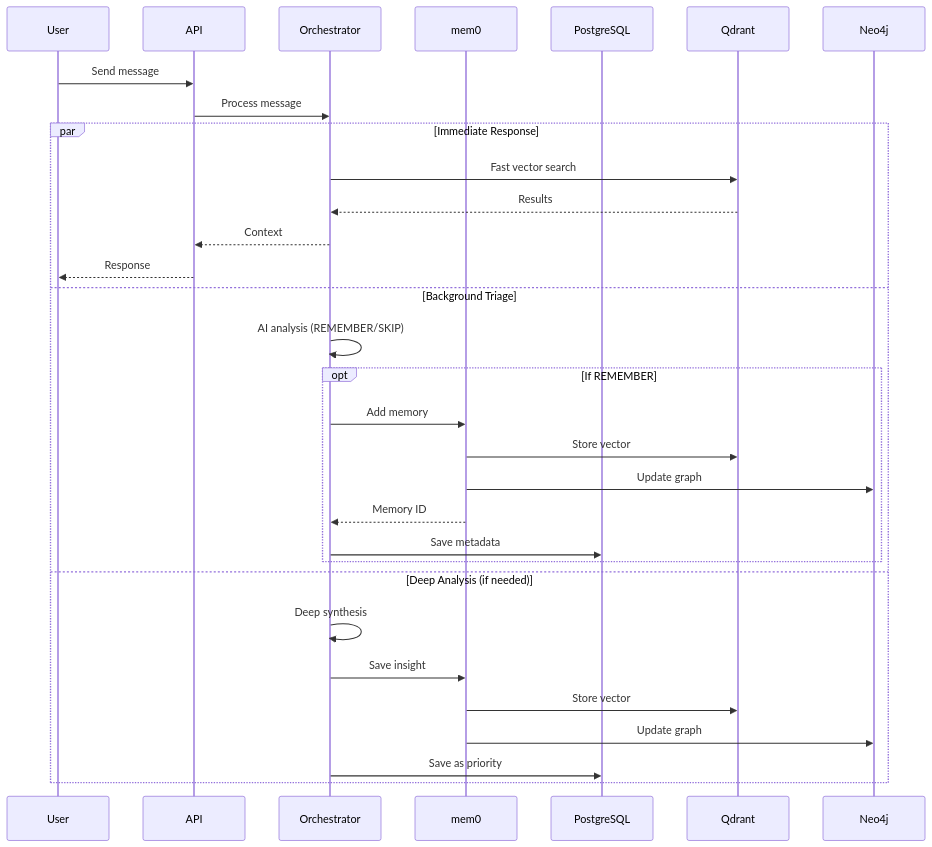
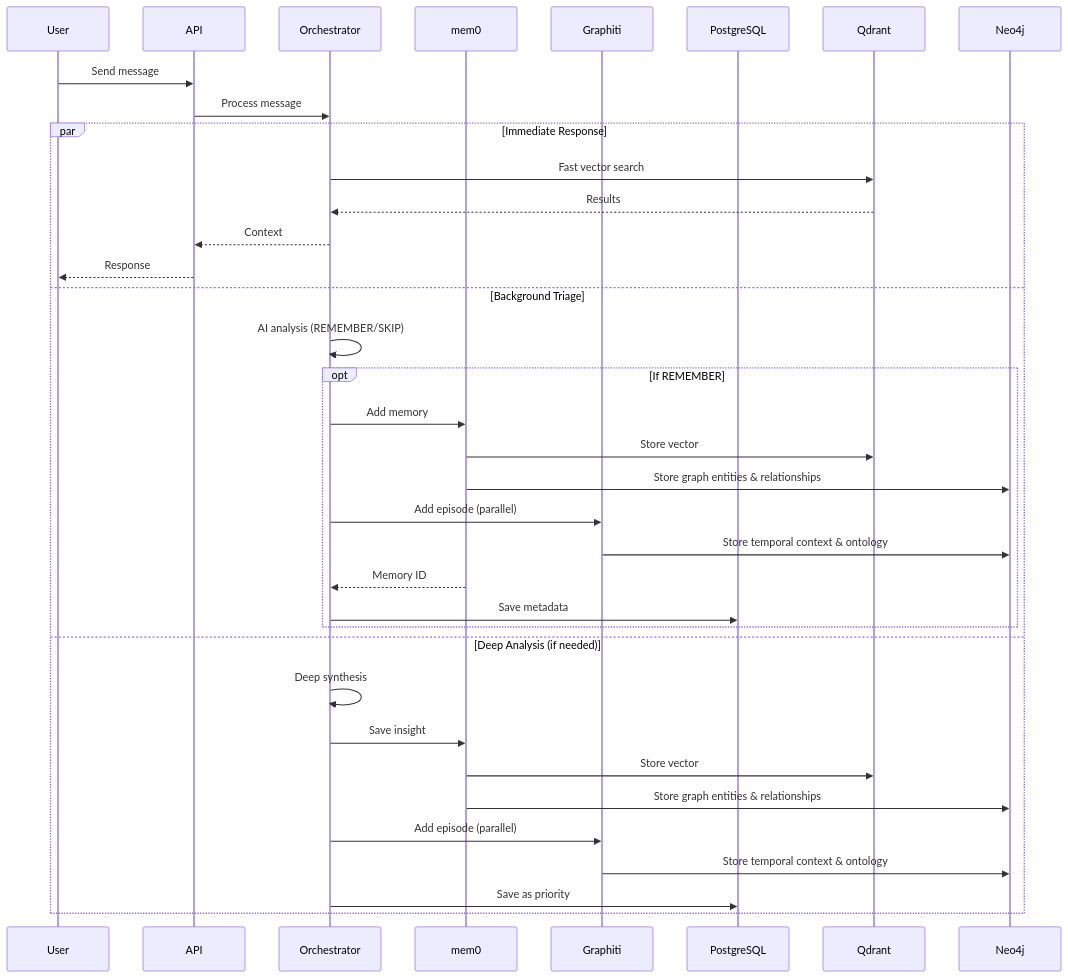
Before and after one commit to jean-technologies/jean-memory: the second of 3 diagrams in JEAN_MEMORY_BIBLE.md, drawn with Mermaid. The commit also changed other lines of this file and 2 other files, not shown here.

````diff
--- a/JEAN_MEMORY_BIBLE.md
+++ b/JEAN_MEMORY_BIBLE.md
@@ -460,35 +479,40 @@
 ```mermaid
 sequenceDiagram
     participant User
     participant API
     participant Orchestrator
     participant mem0
+    participant Graphiti  
     participant PostgreSQL
     participant Qdrant
     participant Neo4j
 
     User->>API: Send message
     API->>Orchestrator: Process message
     
     par Immediate Response
         Orchestrator->>Qdrant: Fast vector search
         Qdrant-->>Orchestrator: Results
         Orchestrator-->>API: Context
         API-->>User: Response
     and Background Triage
         Orchestrator->>Orchestrator: AI analysis (REMEMBER/SKIP)
         opt If REMEMBER
             Orchestrator->>mem0: Add memory
             mem0->>Qdrant: Store vector
-            mem0->>Neo4j: Update graph
+            mem0->>Neo4j: Store graph entities & relationships
+            Orchestrator->>Graphiti: Add episode (parallel)
+            Graphiti->>Neo4j: Store temporal context & ontology
             mem0-->>Orchestrator: Memory ID
             Orchestrator->>PostgreSQL: Save metadata
         end
     and Deep Analysis (if needed)
         Orchestrator->>Orchestrator: Deep synthesis
         Orchestrator->>mem0: Save insight
         mem0->>Qdrant: Store vector
-        mem0->>Neo4j: Update graph
+        mem0->>Neo4j: Store graph entities & relationships
+        Orchestrator->>Graphiti: Add episode (parallel)
+        Graphiti->>Neo4j: Store temporal context & ontology
         Orchestrator->>PostgreSQL: Save as priority
     end
 ```
````
